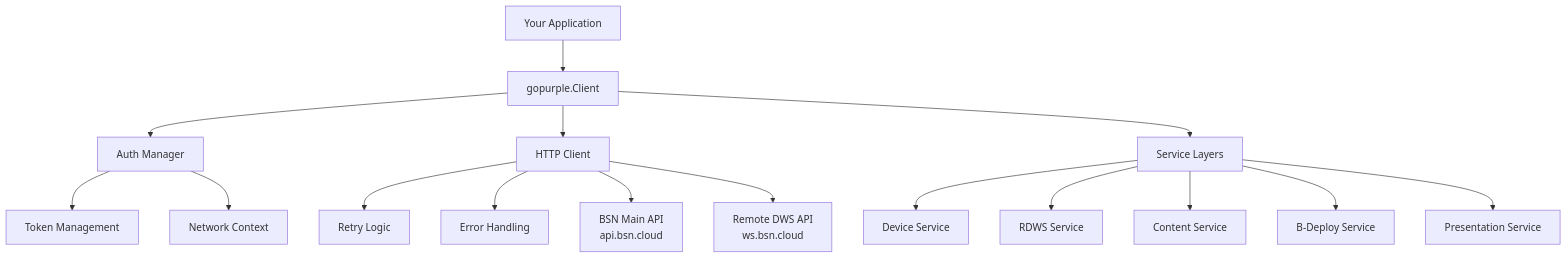
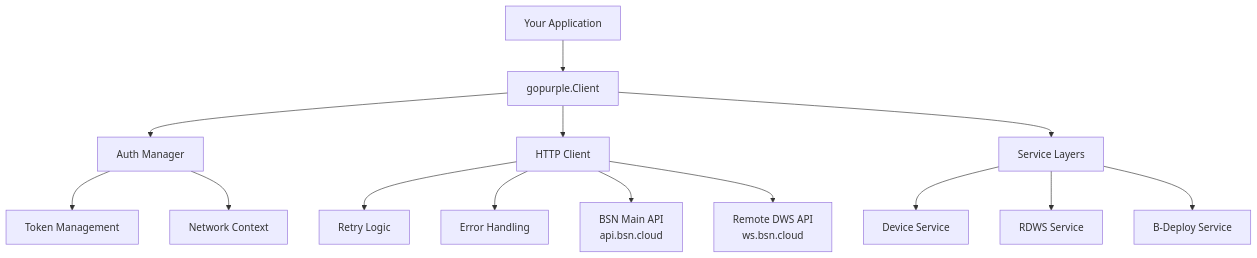
Before and after one commit to BrightDevelopers/gopurple: the first of 2 diagrams in README.md, drawn with Mermaid. The commit also changed other lines of this file and 80 other files, not shown here.

````diff
--- a/README.md
+++ b/README.md
@@ -483,22 +464,20 @@
 ```mermaid
 graph TB
     App[Your Application] --> Client[gopurple.Client]
     Client --> Auth[Auth Manager]
     Client --> HTTP[HTTP Client]
     Client --> Services[Service Layers]
 
     Auth --> Token[Token Management]
     Auth --> Network[Network Context]
 
     HTTP --> Retry[Retry Logic]
     HTTP --> Error[Error Handling]
 
     Services --> Devices[Device Service]
     Services --> RDWS[RDWS Service]
-    Services --> Content[Content Service]
     Services --> BDeploy[B-Deploy Service]
-    Services --> Pres[Presentation Service]
 
     HTTP --> BSN[BSN Main API<br/>api.bsn.cloud]
     HTTP --> RDWS_API[Remote DWS API<br/>ws.bsn.cloud]
 ```
````
